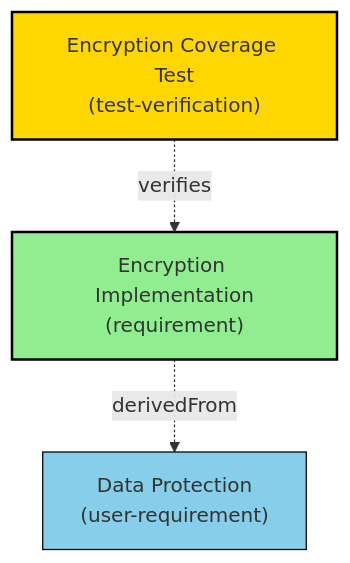
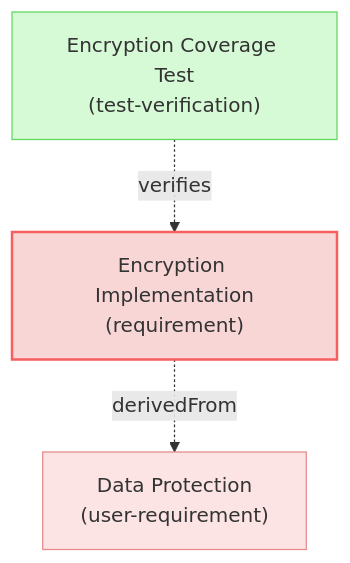
One commit to reqvire-org/reqvire changed the third of 6 diagrams in tests/test-verification-traces/expected_redundant_output.md. Above: the diagram before and after it, drawn with Mermaid. The commit also changed other lines of this file and 3 other files, not shown here.

First line of the commit message:
Unify diagram color scheme across all diagram types

````diff
--- a/tests/test-verification-traces/expected_redundant_output.md
+++ b/tests/test-verification-traces/expected_redundant_output.md
@@ -69,15 +73,17 @@
 ```mermaid
 graph TD
-  classDef verified fill:#90EE90,stroke:#000,stroke-width:2px;
-  classDef requirement fill:#87CEEB,stroke:#000,stroke-width:1px;
-  classDef verification fill:#FFD700,stroke:#000,stroke-width:2px;
+  classDef userRequirement fill:#f9d6d6,stroke:#f55f5f,stroke-width:1px;
+  classDef systemRequirement fill:#fce4e4,stroke:#e68a8a,stroke-width:1px;
+  classDef requirement fill:#fce4e4,stroke:#e68a8a,stroke-width:1px;
+  classDef verified fill:#f9d6d6,stroke:#f55f5f,stroke-width:2px;
+  classDef verification fill:#d6f9d6,stroke:#5fd75f,stroke-width:1px;
 
   30572046e8226c8d["Encryption Coverage Test<br>(test-verification)"]:::verification
   click 30572046e8226c8d "specifications/Verifications/Tests.md#encryption-coverage-test";
   de36a6e809a20bc2["Encryption Implementation<br>(requirement)"]:::verified
   click de36a6e809a20bc2 "specifications/SystemRequirements.md#encryption-implementation";
   30572046e8226c8d -.->|verifies| de36a6e809a20bc2;
   8ddbf0ce66bc6c18["Data Protection<br>(user-requirement)"]:::requirement
   click 8ddbf0ce66bc6c18 "specifications/UserRequirements.md#data-protection";
   de36a6e809a20bc2 -.->|derivedFrom| 8ddbf0ce66bc6c18;
 ```
````
